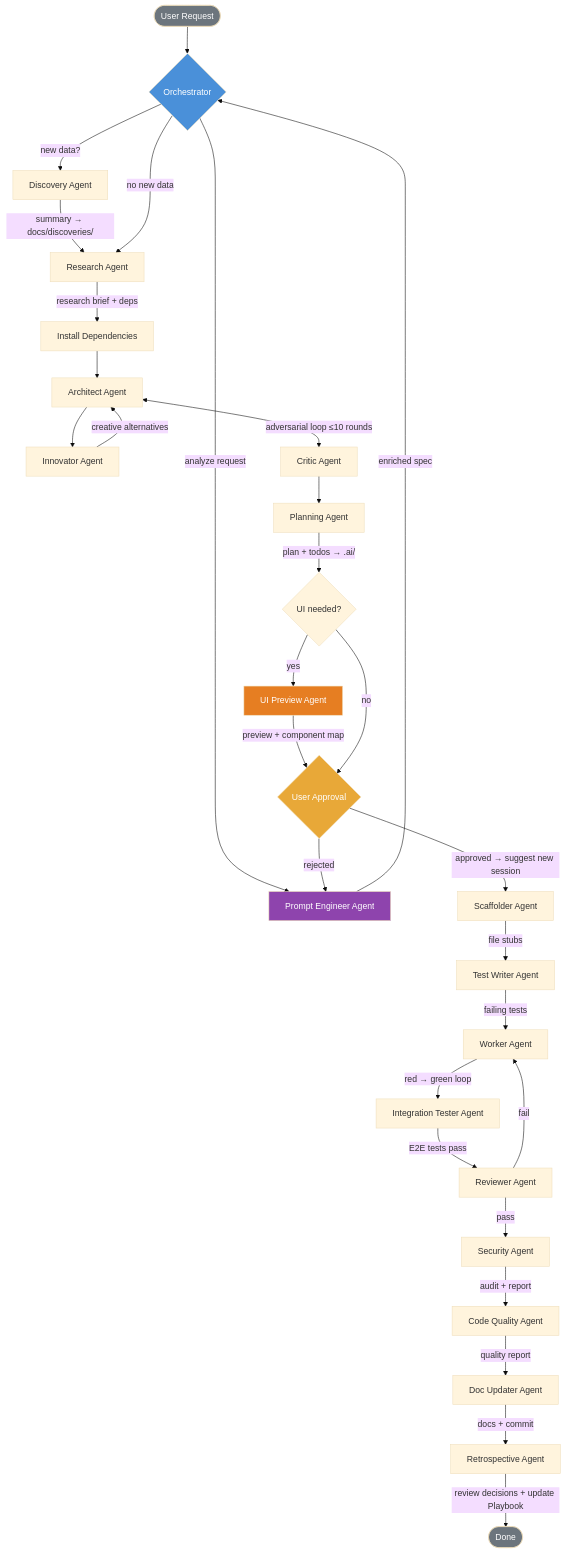
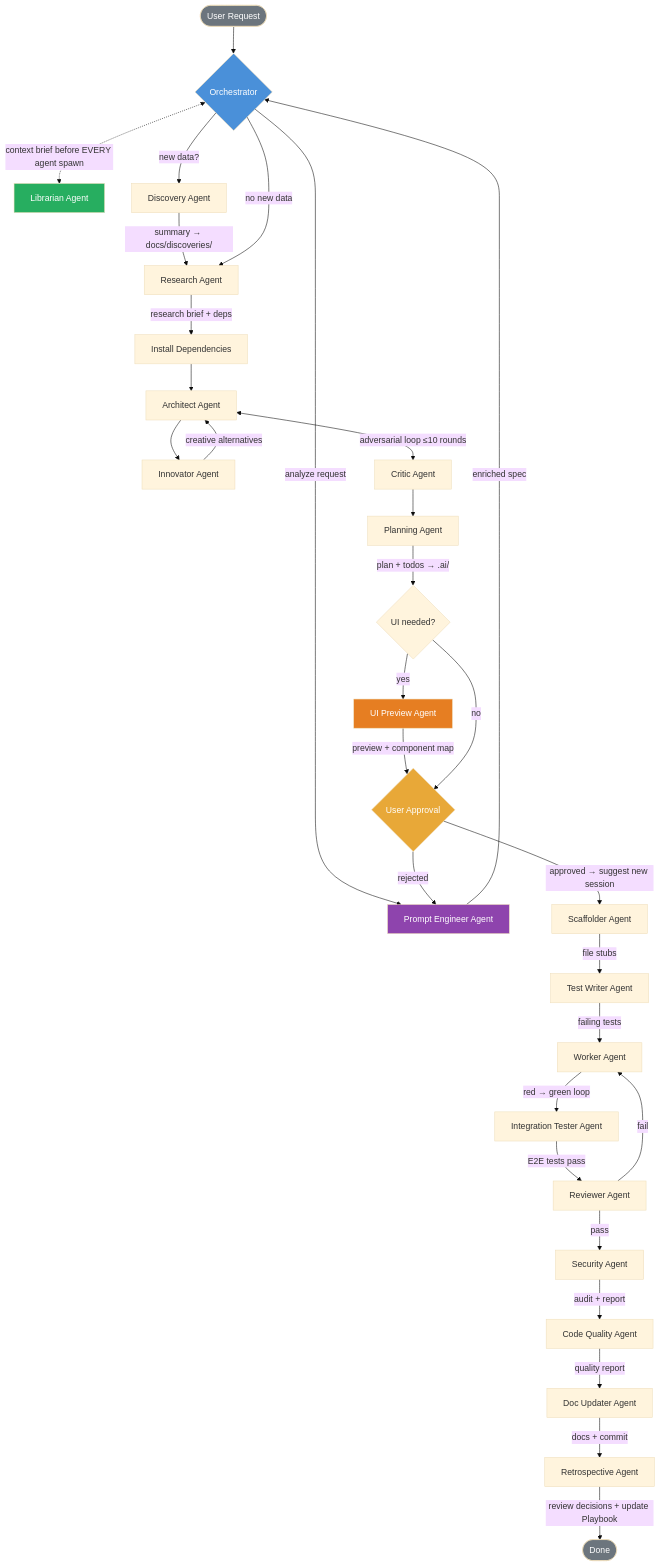
One commit to Doumajnik/template changed the first of 4 diagrams in AGENTS.md. Above: the diagram before and after it, drawn with Mermaid (base theme). The commit also changed other lines of this file and 8 other files, not shown here.

````diff
--- a/AGENTS.md
+++ b/AGENTS.md
@@ -67,39 +67,41 @@
 ```mermaid
 flowchart TD
     U([User Request]) --> O{Orchestrator}
+    O <-.->|context brief before EVERY agent spawn| LIB[Librarian Agent]
     O -->|analyze request| PE[Prompt Engineer Agent]
     PE -->|enriched spec| O
     O -->|new data?| D[Discovery Agent]
     D -->|summary → docs/discoveries/| RE
     O -->|no new data| RE[Research Agent]
     RE -->|research brief + deps| DEP[Install Dependencies]
     DEP --> A[Architect Agent]
     A --> IN[Innovator Agent]
     IN -->|creative alternatives| A
     A <-->|adversarial loop ≤10 rounds| C[Critic Agent]
     C --> P[Planning Agent]
     P -->|plan + todos → .ai/| UP{UI needed?}
     UP -->|yes| UIPreview[UI Preview Agent]
     UIPreview -->|preview + component map| UA{User Approval}
     UP -->|no| UA
     UA -->|rejected| PE
     UA -->|approved → suggest new session| S[Scaffolder Agent]
     
     S -->|file stubs| TW[Test Writer Agent]
     TW -->|failing tests| W[Worker Agent]
     W -->|red → green loop| IT[Integration Tester Agent]
     IT -->|E2E tests pass| R[Reviewer Agent]
     R -->|pass| SEC[Security Agent]
     R -->|fail| W
     SEC -->|audit + report| CQ[Code Quality Agent]
     CQ -->|quality report| DU[Doc Updater Agent]
     DU -->|docs + commit| RT[Retrospective Agent]
     RT -->|review decisions + update Playbook| Done([Done])
 
     style O fill:#4a90d9,color:#fff
     style U fill:#6c757d,color:#fff
     style Done fill:#6c757d,color:#fff
     style UA fill:#e8a838,color:#fff
     style PE fill:#8e44ad,color:#fff
     style UIPreview fill:#e67e22,color:#fff
+    style LIB fill:#27ae60,color:#fff
 ```
````
